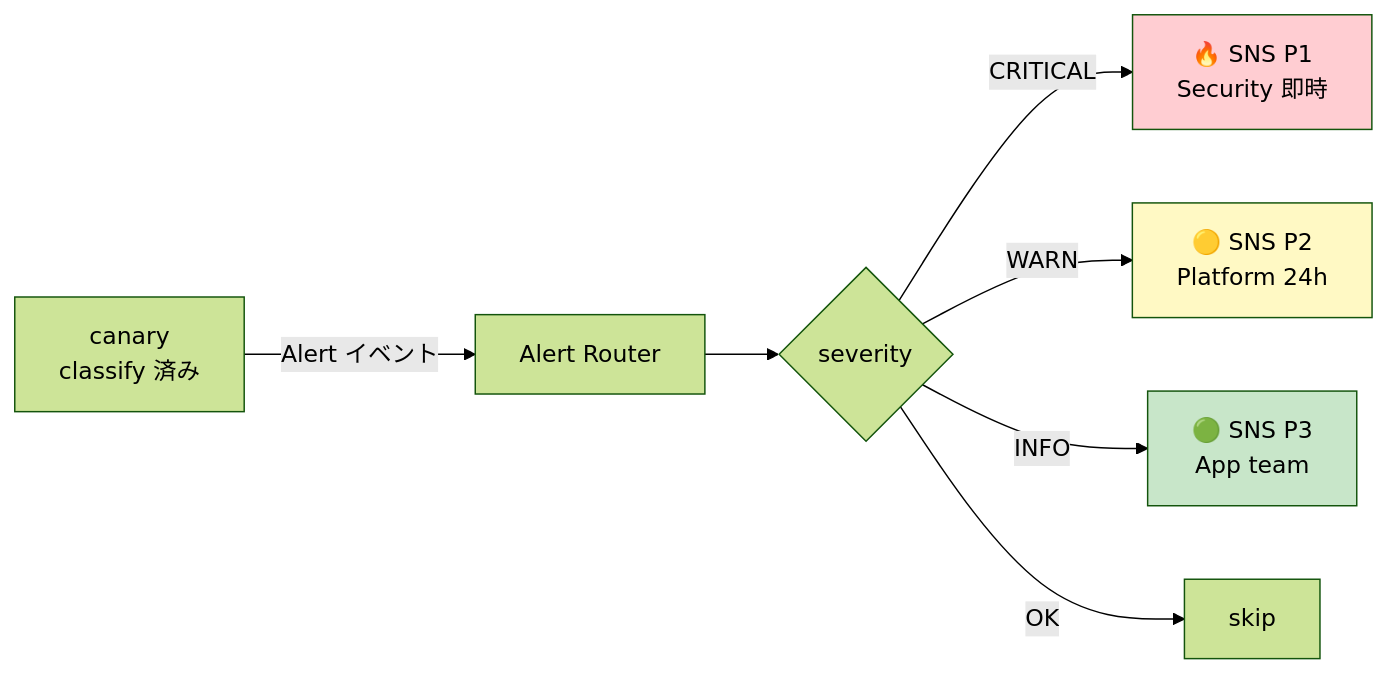
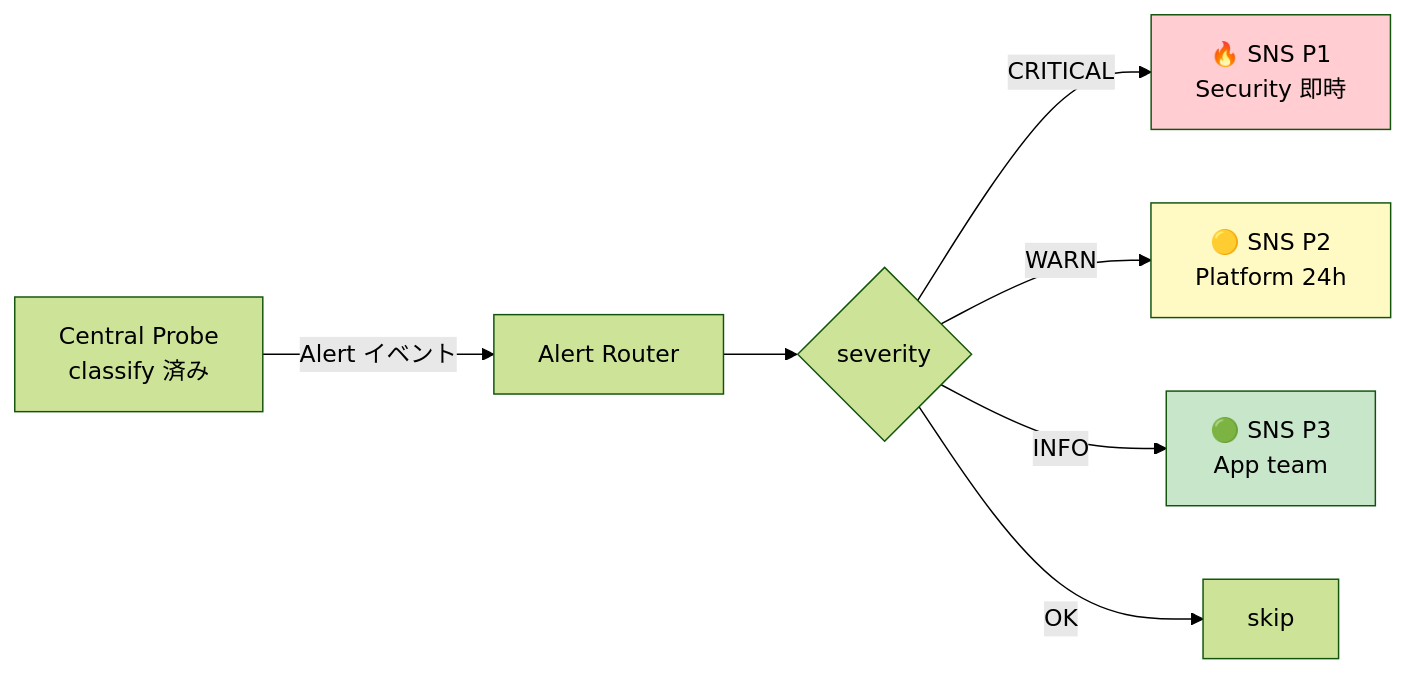
Before and after one commit to suepie/aws-atuh-poc: the first of 2 diagrams in doc/api-platform/basic-design/15-alert-routing-design.md, drawn with Mermaid (forest theme). The commit also changed other lines of this file and 14 other files, not shown here.

````diff
--- a/doc/api-platform/basic-design/15-alert-routing-design.md
+++ b/doc/api-platform/basic-design/15-alert-routing-design.md
@@ -26,12 +26,12 @@
 ```mermaid
 flowchart LR
-    CC[canary<br/>classify 済み] -->|Alert イベント| AR[Alert Router]
+    CC[Central Probe<br/>classify 済み] -->|Alert イベント| AR[Alert Router]
     AR --> D{severity}
     D -->|CRITICAL| P1[🔥 SNS P1<br/>Security 即時]
     D -->|WARN| P2[🟡 SNS P2<br/>Platform 24h]
     D -->|INFO| P3[🟢 SNS P3<br/>App team]
     D -->|OK| SKIP[skip]
     style P1 fill:#ffcdd2
     style P2 fill:#fff9c4
     style P3 fill:#c8e6c9
 ```
````
